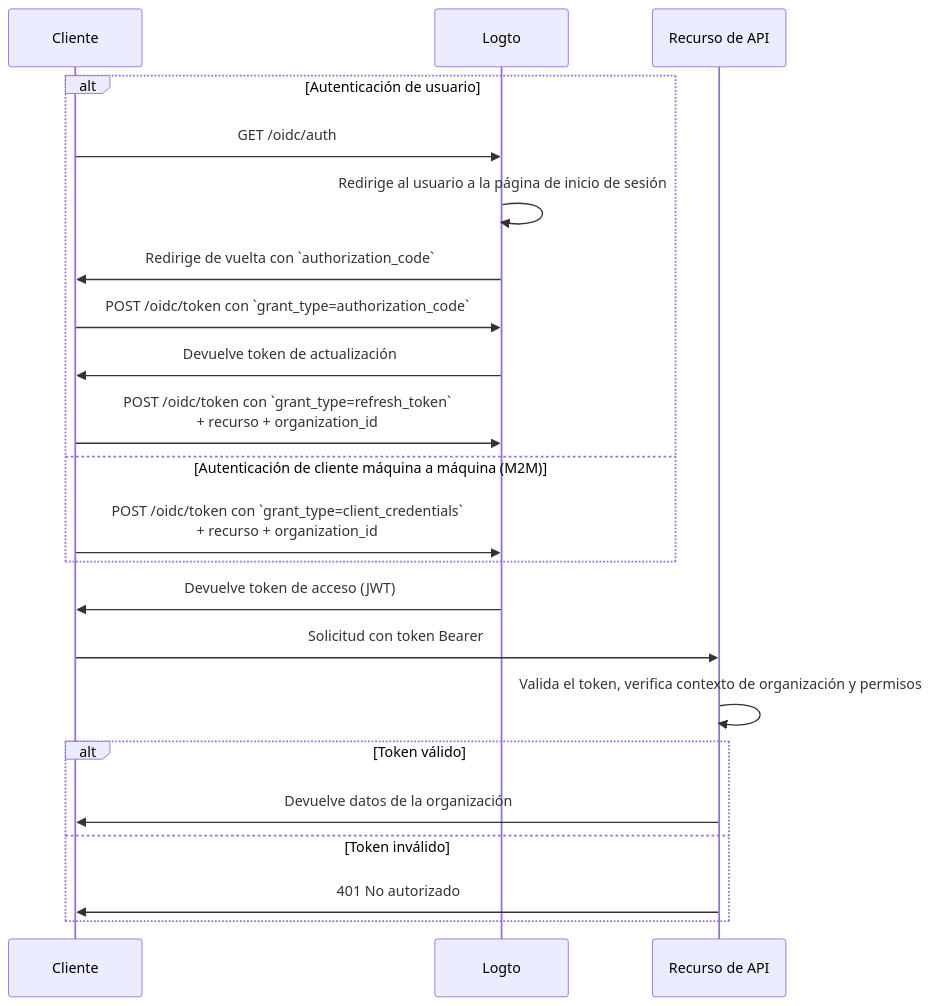
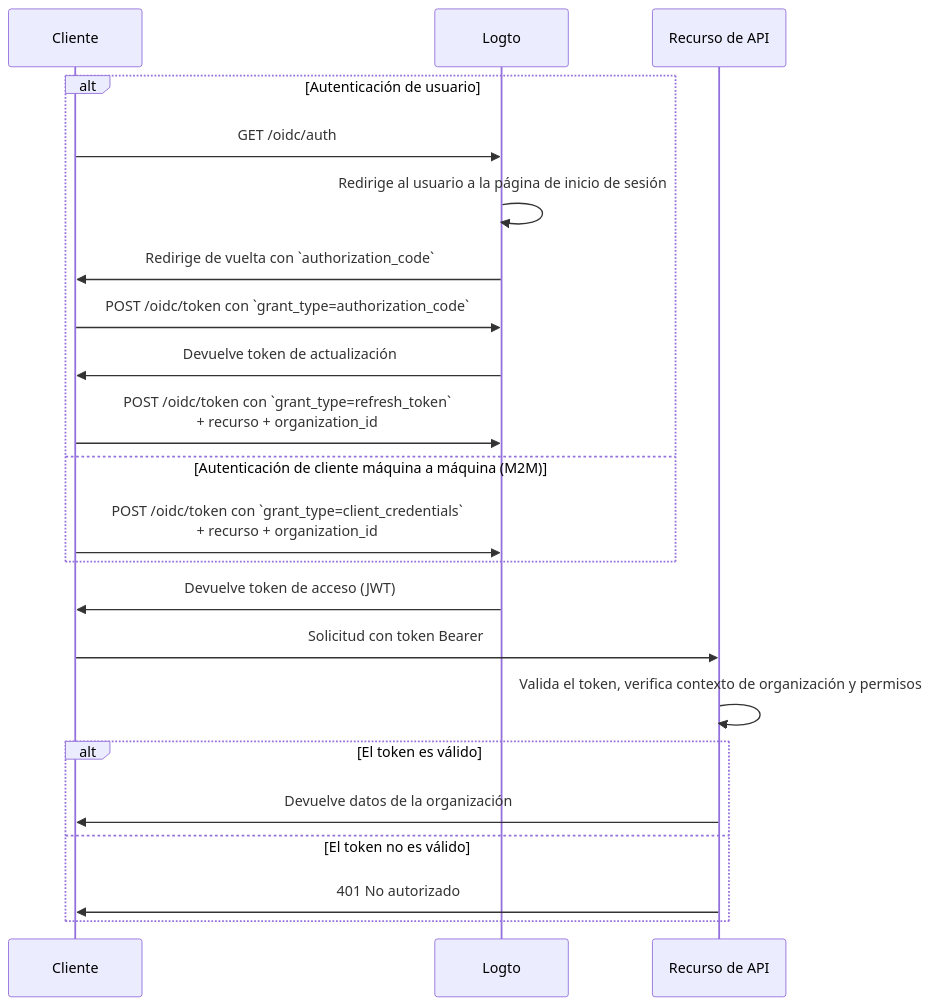
Before and after one commit to logto-io/docs: the diagram in i18n/es/docusaurus-plugin-content-docs/current/authorization/organization-level-api-resources.mdx, drawn with Mermaid. The commit also changed other lines of this file and 36 other files, not shown here.

````diff
--- a/i18n/es/docusaurus-plugin-content-docs/current/authorization/organization-level-api-resources.mdx
+++ b/i18n/es/docusaurus-plugin-content-docs/current/authorization/organization-level-api-resources.mdx
@@ -69,27 +70,27 @@
 ```mermaid
 sequenceDiagram
     participant Cliente
     participant Logto
     participant API as Recurso de API
 
     alt Autenticación de usuario
         Cliente->>Logto: GET /oidc/auth
         Logto->>Logto: Redirige al usuario a la página de inicio de sesión
         Logto->>Cliente: Redirige de vuelta con `authorization_code`
         Cliente->>Logto: POST /oidc/token con `grant_type=authorization_code`
         Logto->>Cliente: Devuelve token de actualización
         Cliente->>Logto: POST /oidc/token con `grant_type=refresh_token`<br/>+ recurso + organization_id
     else Autenticación de cliente máquina a máquina (M2M)
         Cliente->>Logto: POST /oidc/token con `grant_type=client_credentials`<br/>+ recurso + organization_id
     end
 
     Logto->>Cliente: Devuelve token de acceso (JWT)
     Cliente->>API: Solicitud con token Bearer
     API->>API: Valida el token, verifica contexto de organización y permisos
 
-    alt Token válido
+    alt El token es válido
       API->>Cliente: Devuelve datos de la organización
-    else Token inválido
+    else El token no es válido
       API->>Cliente: 401 No autorizado
     end
 ```
````
